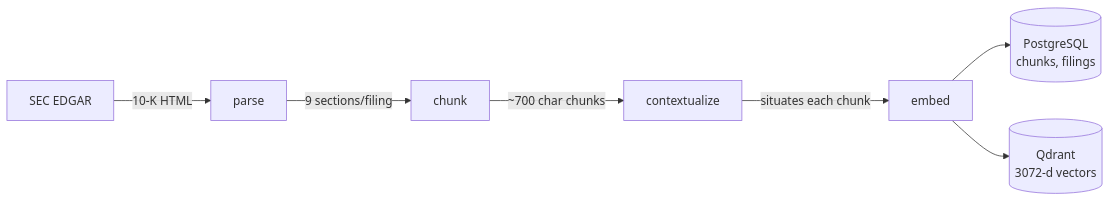
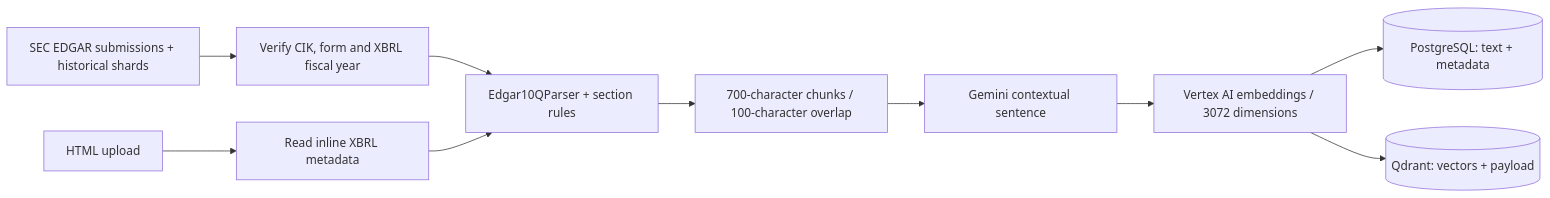
One commit to EdenIBD/financial-report-analyzer changed the first of 2 diagrams in README.md. Above: the diagram before and after it, drawn with Mermaid. The commit also changed other lines of this file and 47 other files, not shown here.

````diff
--- a/README.md
+++ b/README.md
@@ -15,9 +9,12 @@
 ```mermaid
 flowchart LR
-    A[SEC EDGAR] -->|10-K HTML| B[parse]
-    B -->|9 sections/filing| C[chunk]
-    C -->|~700 char chunks| D[contextualize]
-    D -->|situates each chunk| E[embed]
-    E --> F[(PostgreSQL<br/>chunks, filings)]
-    E --> G[(Qdrant<br/>3072-d vectors)]
+    SEC[SEC EDGAR submissions + historical shards] --> FY[Verify CIK, form and XBRL fiscal year]
+    Upload[HTML upload] --> Metadata[Read inline XBRL metadata]
+    FY --> Parse[Edgar10QParser + section rules]
+    Metadata --> Parse
+    Parse --> Chunk[700-character chunks / 100-character overlap]
+    Chunk --> Context[Gemini contextual sentence]
+    Context --> Embed[Vertex AI embeddings / 3072 dimensions]
+    Embed --> PG[(PostgreSQL: text + metadata)]
+    Embed --> Q[(Qdrant: vectors + payload)]
 ```
````
